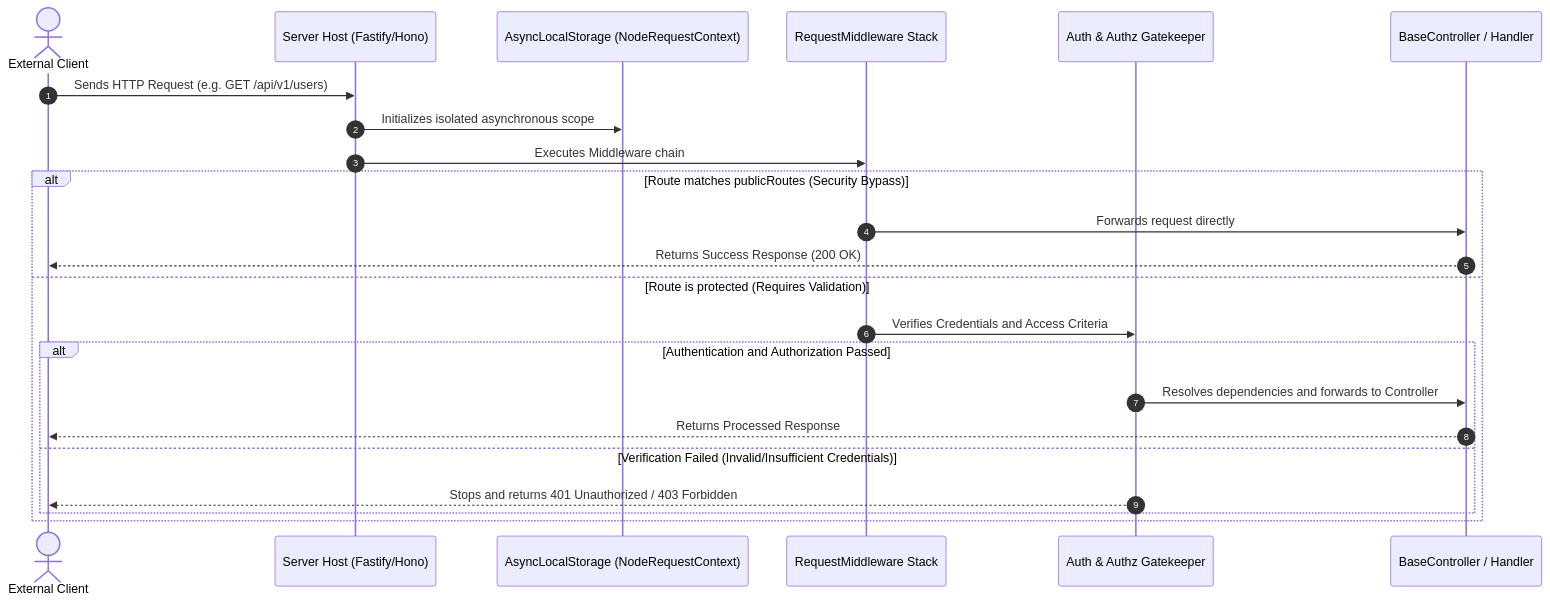
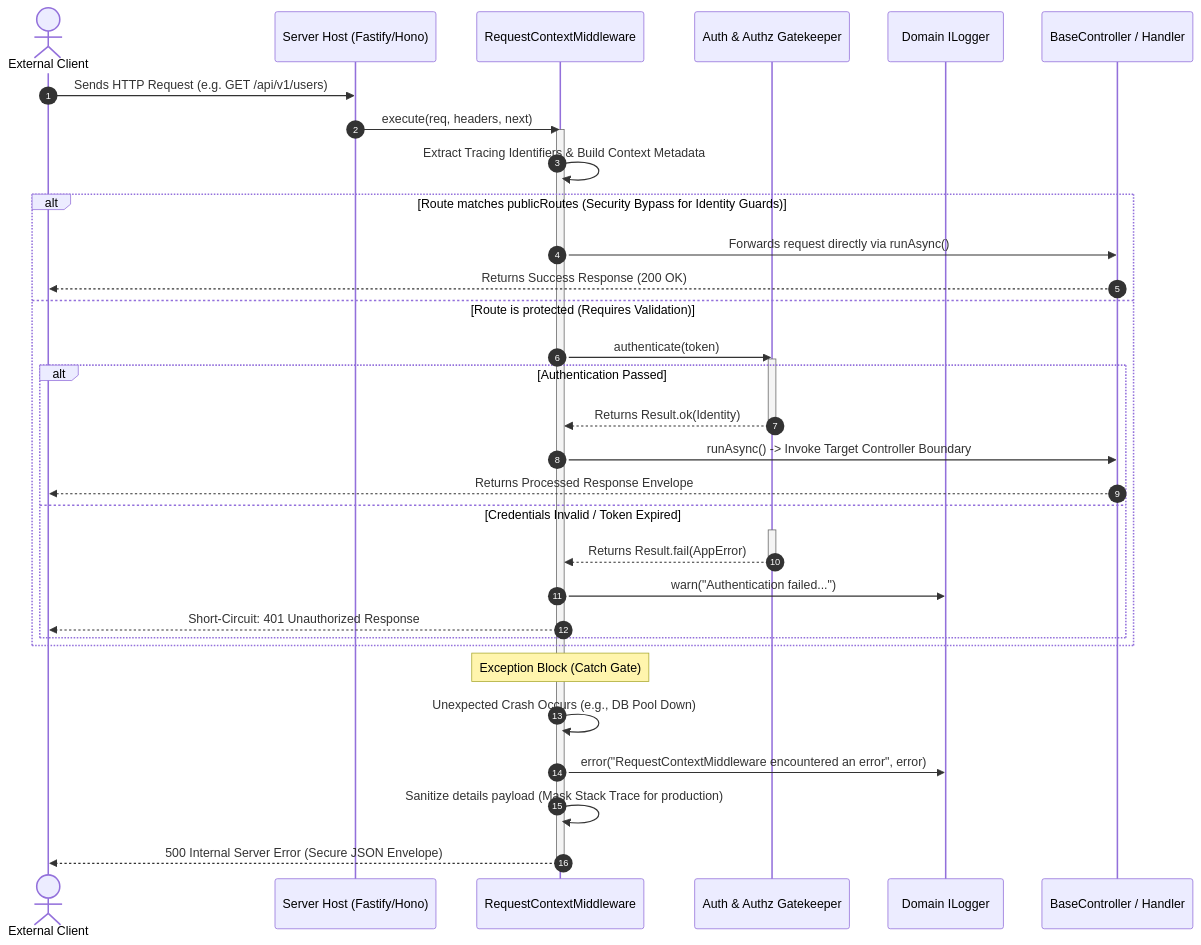
Before and after one commit to xeno-js/xeno-website: the diagram in src/content/docs/fundamentals/middleware.md, drawn with Mermaid. The commit also changed other lines of this file and 84 other files, not shown here.

````diff
--- a/src/content/docs/fundamentals/middleware.md
+++ b/src/content/docs/fundamentals/middleware.md
@@ -53,28 +71,43 @@
 ```mermaid
 sequenceDiagram
     autonumber
     actor Client as External Client
     participant Host as Server Host (Fastify/Hono)
-    participant ALS as AsyncLocalStorage (NodeRequestContext)
-    participant Stack as RequestMiddleware Stack
+    participant MW as RequestContextMiddleware
     participant Gate as Auth & Authz Gatekeeper
+    participant Log as Domain ILogger
     participant Ctrl as BaseController / Handler
 
     Client->>Host: Sends HTTP Request (e.g. GET /api/v1/users)
-    Host->>ALS: Initializes isolated asynchronous scope
-    Host->>Stack: Executes Middleware chain
+    Host->>MW: execute(req, headers, next)
+    activate MW
+    MW->>MW: Extract Tracing Identifiers & Build Context Metadata
 
-    alt Route matches publicRoutes (Security Bypass)
-        Stack->>Ctrl: Forwards request directly
+    alt Route matches publicRoutes (Security Bypass for Identity Guards)
+        MW->>Ctrl: Forwards request directly via runAsync()
         Ctrl-->>Client: Returns Success Response (200 OK)
     else Route is protected (Requires Validation)
-        Stack->>Gate: Verifies Credentials and Access Criteria
-        alt Authentication and Authorization Passed
-            Gate->>Ctrl: Resolves dependencies and forwards to Controller
-            Ctrl-->>Client: Returns Processed Response
-        else Verification Failed (Invalid/Insufficient Credentials)
-            Gate-->>Client: Stops and returns 401 Unauthorized / 403 Forbidden
+        MW->>Gate: authenticate(token)
+        activate Gate
+        alt Authentication Passed
+            Gate-->>MW: Returns Result.ok(Identity)
+            deactivate Gate
+            MW->>Ctrl: runAsync() -> Invoke Target Controller Boundary
+            Ctrl-->>Client: Returns Processed Response Envelope
+        else Credentials Invalid / Token Expired
+            activate Gate
+            Gate-->>MW: Returns Result.fail(AppError)
+            deactivate Gate
+            MW->>Log: warn("Authentication failed...")
+            MW-->>Client: Short-Circuit: 401 Unauthorized Response
         end
     end
 
+    Note over MW: Exception Block (Catch Gate)
+    MW->>MW: Unexpected Crash Occurs (e.g., DB Pool Down)
+    MW->>Log: error("RequestContextMiddleware encountered an error", error)
+    MW->>MW: Sanitize details payload (Mask Stack Trace for production)
+    MW-->>Client: 500 Internal Server Error (Secure JSON Envelope)
+    deactivate MW
+
 ```
````
